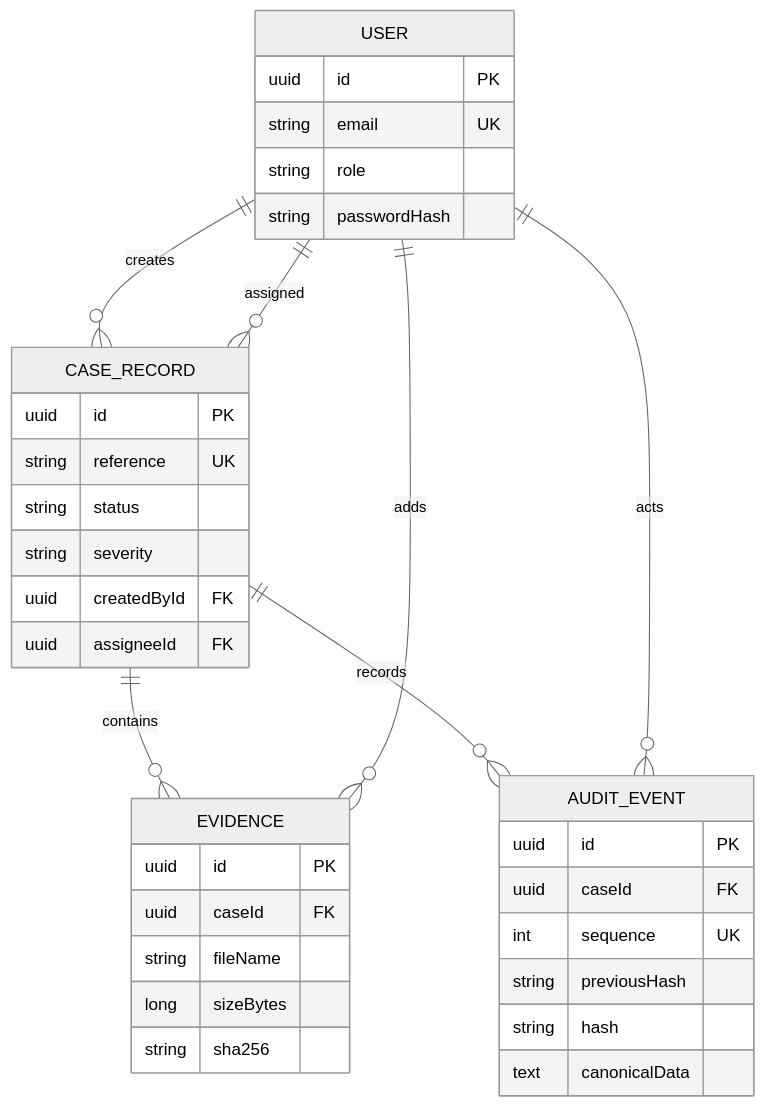
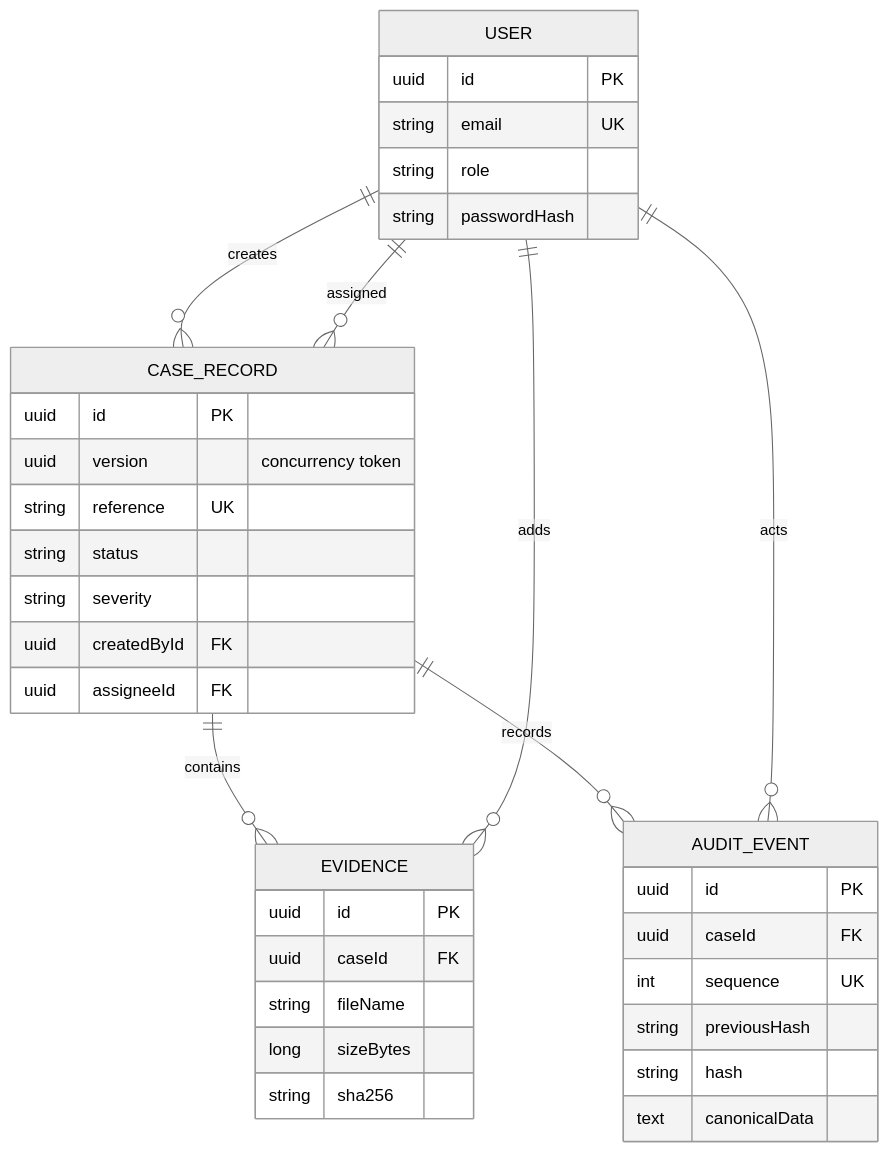
The first of 3 diagrams in docs/architecture.md (MarvelousJade/CaseLedger), drawn with Mermaid (neutral theme) before and after one commit. The commit also changed other lines of this file and 2 other files, not shown here.

````diff
--- a/docs/architecture.md
+++ b/docs/architecture.md
@@ -45,39 +56,40 @@
 ```mermaid
 erDiagram
     USER ||--o{ CASE_RECORD : creates
     USER ||--o{ CASE_RECORD : assigned
     CASE_RECORD ||--o{ EVIDENCE : contains
     CASE_RECORD ||--o{ AUDIT_EVENT : records
     USER ||--o{ EVIDENCE : adds
     USER ||--o{ AUDIT_EVENT : acts
 
     USER {
       uuid id PK
       string email UK
       string role
       string passwordHash
     }
     CASE_RECORD {
       uuid id PK
+      uuid version "concurrency token"
       string reference UK
       string status
       string severity
       uuid createdById FK
       uuid assigneeId FK
     }
     EVIDENCE {
       uuid id PK
       uuid caseId FK
       string fileName
       long sizeBytes
       string sha256
     }
     AUDIT_EVENT {
       uuid id PK
       uuid caseId FK
       int sequence UK
       string previousHash
       string hash
       text canonicalData
     }
 ```
````
